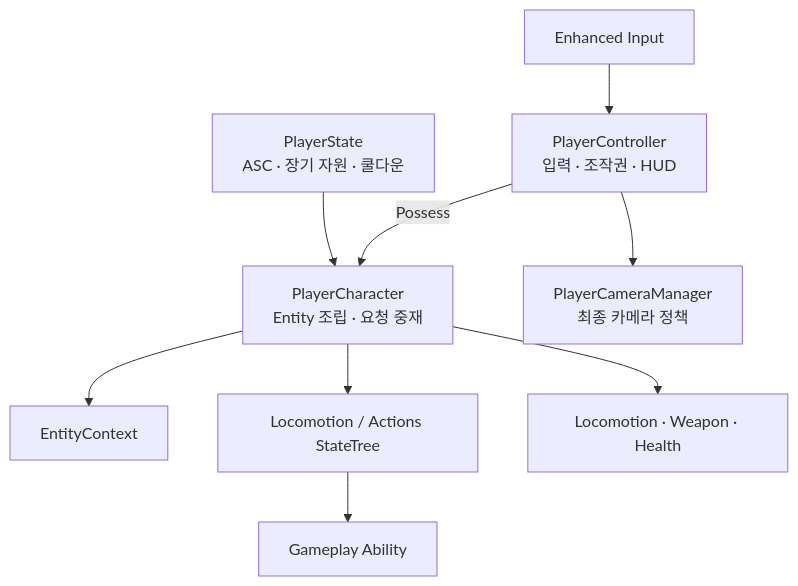
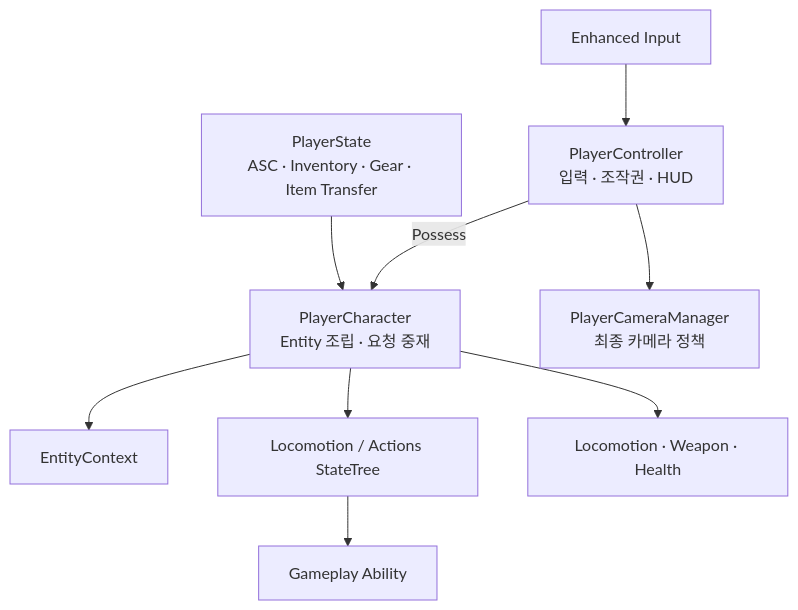
Before and after one commit to liang2papa/Astra_Docs: the first of 2 diagrams in Wiki/03_시스템 설계/객체 설계/Player.md, drawn with Mermaid. The commit also changed other lines of this file and 11 other files, not shown here.

````diff
--- a/Wiki/03_시스템 설계/객체 설계/Player.md
+++ b/Wiki/03_시스템 설계/객체 설계/Player.md
@@ -3,11 +3,11 @@
 ```mermaid
 flowchart TD
     Input["Enhanced Input"] --> Controller["PlayerController<br/>입력 · 조작권 · HUD"]
     Controller -->|Possess| Character["PlayerCharacter<br/>Entity 조립 · 요청 중재"]
     Controller --> Camera["PlayerCameraManager<br/>최종 카메라 정책"]
-    State["PlayerState<br/>ASC · 장기 자원 · 쿨다운"] --> Character
+    State["PlayerState<br/>ASC · Inventory · Gear · Item Transfer"] --> Character
     Character --> Context["EntityContext"]
     Character --> StateTree["Locomotion / Actions StateTree"]
     StateTree --> GA["Gameplay Ability"]
     Character --> Components["Locomotion · Weapon · Health"]
 ```
````
